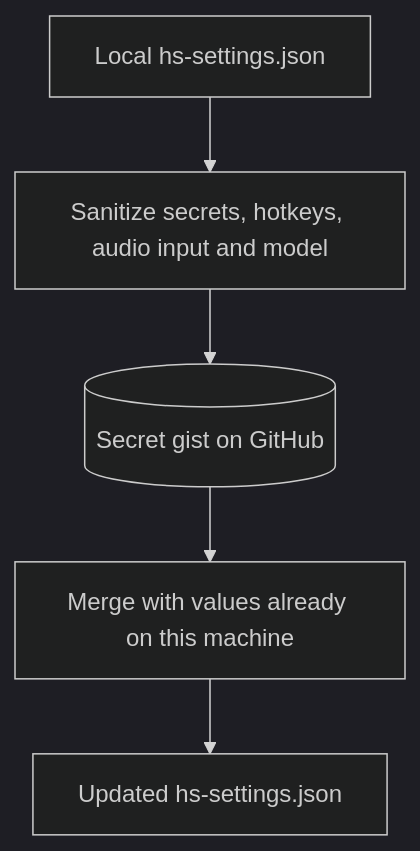
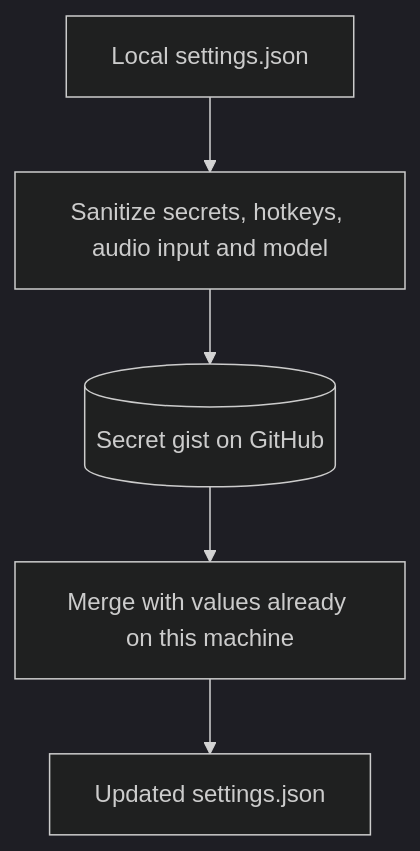
The diagram in README.md (callmeteus/hex-sync), drawn with Mermaid (dark theme) before and after one commit. The commit also changed other lines of this file and 1 other file, not shown here.

First line of the commit message:
fix: keep Hex settings.json, use hs-settings.json as CLI config

````diff
--- a/README.md
+++ b/README.md
@@ -51,7 +52,7 @@
 ```mermaid
 flowchart TD
-    L[Local hs-settings.json] --> S[Sanitize secrets, hotkeys, audio input and model]
+    L[Local settings.json] --> S[Sanitize secrets, hotkeys, audio input and model]
     S --> G[(Secret gist on GitHub)]
     G --> M[Merge with values already on this machine]
-    M --> R[Updated hs-settings.json]
+    M --> R[Updated settings.json]
 ```
````
